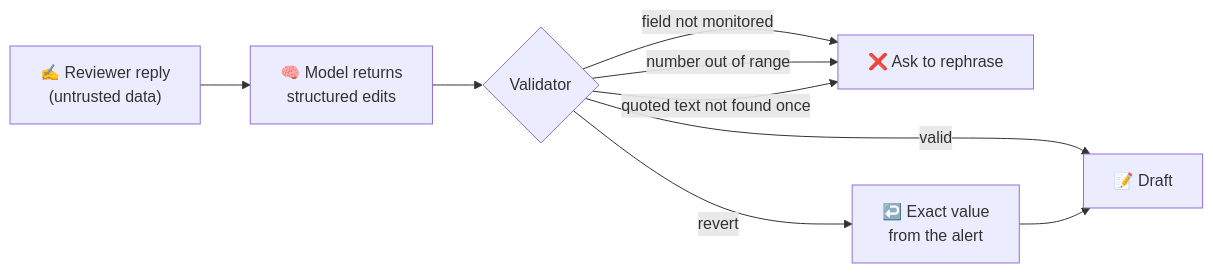
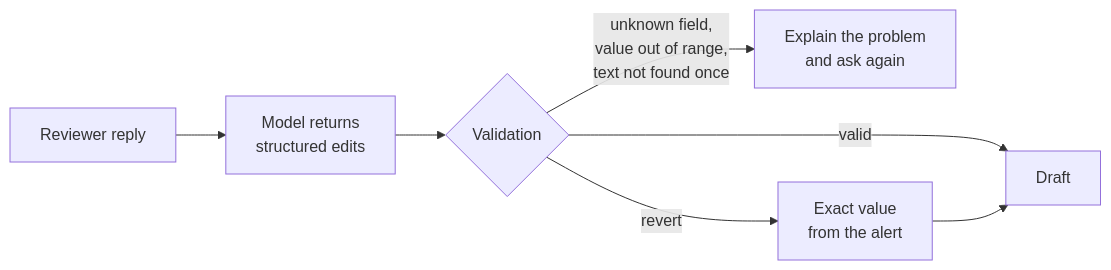
The second of 2 diagrams in README.md (Sp1deyGen/vertexAIMonitor), drawn with Mermaid before and after one commit. The commit also changed other lines of this file, not shown here.

````diff
--- a/README.md
+++ b/README.md
@@ -77,11 +61,9 @@
 ```mermaid
 flowchart LR
-    R["✍️ Reviewer reply<br/>(untrusted data)"] --> M["🧠 Model returns<br/>structured edits"]
-    M --> V{"Validator"}
-    V -- "field not monitored" --> X["❌ Ask to rephrase"]
-    V -- "number out of range" --> X
-    V -- "quoted text not found once" --> X
-    V -- "revert" --> P["↩️ Exact value<br/>from the alert"]
-    V -- "valid" --> D["📝 Draft"]
+    R["Reviewer reply"] --> M["Model returns<br/>structured edits"]
+    M --> V{"Validation"}
+    V -- "unknown field,<br/>value out of range,<br/>text not found once" --> X["Explain the problem<br/>and ask again"]
+    V -- "revert" --> P["Exact value<br/>from the alert"]
+    V -- "valid" --> D["Draft"]
     P --> D
 ```
````
